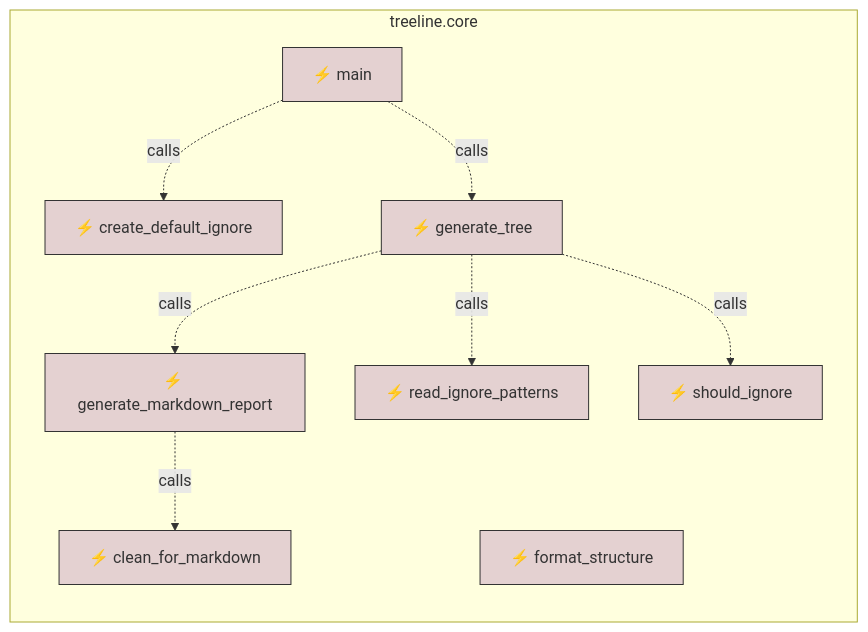
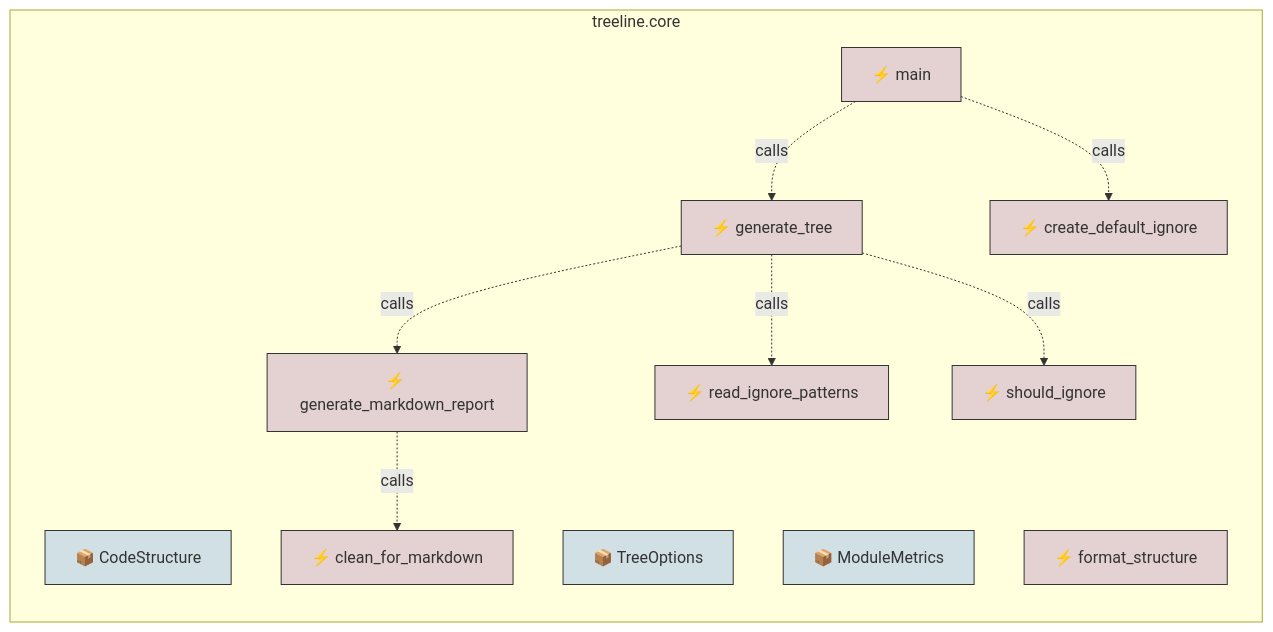
One commit to duriantaco/treeline changed the fifth of 9 diagrams in docs/tree.md. Above: the diagram before and after it, drawn with Mermaid. The commit also changed other lines of this file and 5 other files, not shown here.

````diff
--- a/docs/tree.md
+++ b/docs/tree.md
@@ -102,26 +112,29 @@
 ```mermaid
 graph TD
 
     %% Styling
     classDef fnNode fill:#e4d1d1,stroke:#333
     classDef clsNode fill:#d1e0e4,stroke:#333
 
     subgraph treeline_core["treeline.core"]
         direction TB
+        treeline_core_CodeStructure["📦 CodeStructure"]:::clsNode
+        treeline_core_TreeOptions["📦 TreeOptions"]:::clsNode
+        treeline_core_ModuleMetrics["📦 ModuleMetrics"]:::clsNode
         treeline_core_create_default_ignore["⚡ create_default_ignore"]:::fnNode
         treeline_core_read_ignore_patterns["⚡ read_ignore_patterns"]:::fnNode
         treeline_core_should_ignore["⚡ should_ignore"]:::fnNode
         treeline_core_clean_for_markdown["⚡ clean_for_markdown"]:::fnNode
         treeline_core_format_structure["⚡ format_structure"]:::fnNode
         treeline_core_generate_markdown_report["⚡ generate_markdown_report"]:::fnNode
         treeline_core_generate_tree["⚡ generate_tree"]:::fnNode
         treeline_core_main["⚡ main"]:::fnNode
     end
 
     treeline_core_main -.->|calls| treeline_core_generate_tree
     treeline_core_generate_markdown_report -.->|calls| treeline_core_clean_for_markdown
     treeline_core_generate_tree -.->|calls| treeline_core_read_ignore_patterns
     treeline_core_generate_tree -.->|calls| treeline_core_generate_markdown_report
     treeline_core_generate_tree -.->|calls| treeline_core_should_ignore
     treeline_core_main -.->|calls| treeline_core_create_default_ignore
 ```
````
